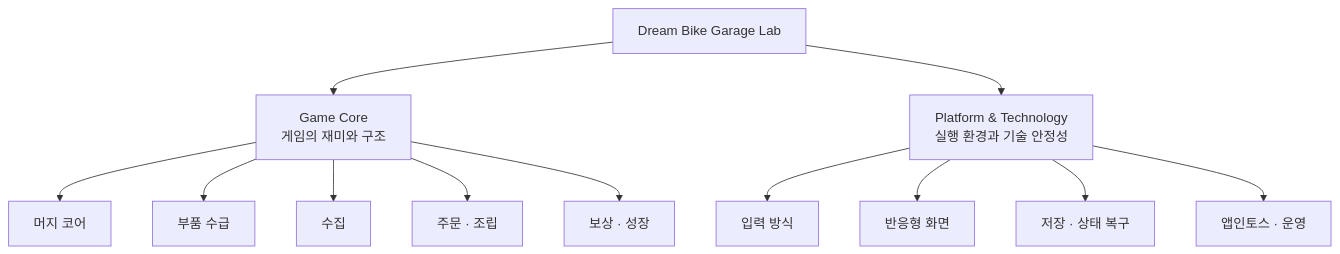
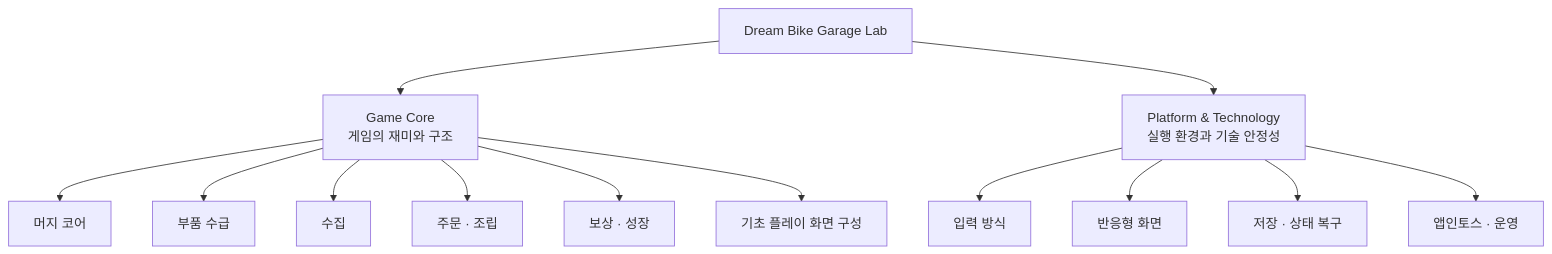
Before and after one commit to aigemro/dream-bike-garage-lab: the first of 4 diagrams in docs/LAB_PROTOTYPE_MAP.md, drawn with Mermaid. The commit also changed other lines of this file and 7 other files, not shown here.

````diff
--- a/docs/LAB_PROTOTYPE_MAP.md
+++ b/docs/LAB_PROTOTYPE_MAP.md
@@ -19,17 +19,18 @@
 ```mermaid
 flowchart TB
     LAB["Dream Bike Garage Lab"]
     LAB --> CORE["Game Core<br/>게임의 재미와 구조"]
     LAB --> PLATFORM["Platform & Technology<br/>실행 환경과 기술 안정성"]
 
     CORE --> MERGE["머지 코어"]
     CORE --> SUPPLY["부품 수급"]
     CORE --> COLLECTION["수집"]
     CORE --> ORDER["주문 · 조립"]
     CORE --> REWARD["보상 · 성장"]
+    CORE --> PLAY["기초 플레이 화면 구성"]
 
     PLATFORM --> INPUT["입력 방식"]
     PLATFORM --> RESPONSIVE["반응형 화면"]
     PLATFORM --> SAVE["저장 · 상태 복구"]
     PLATFORM --> TOSS["앱인토스 · 운영"]
 ```
````
